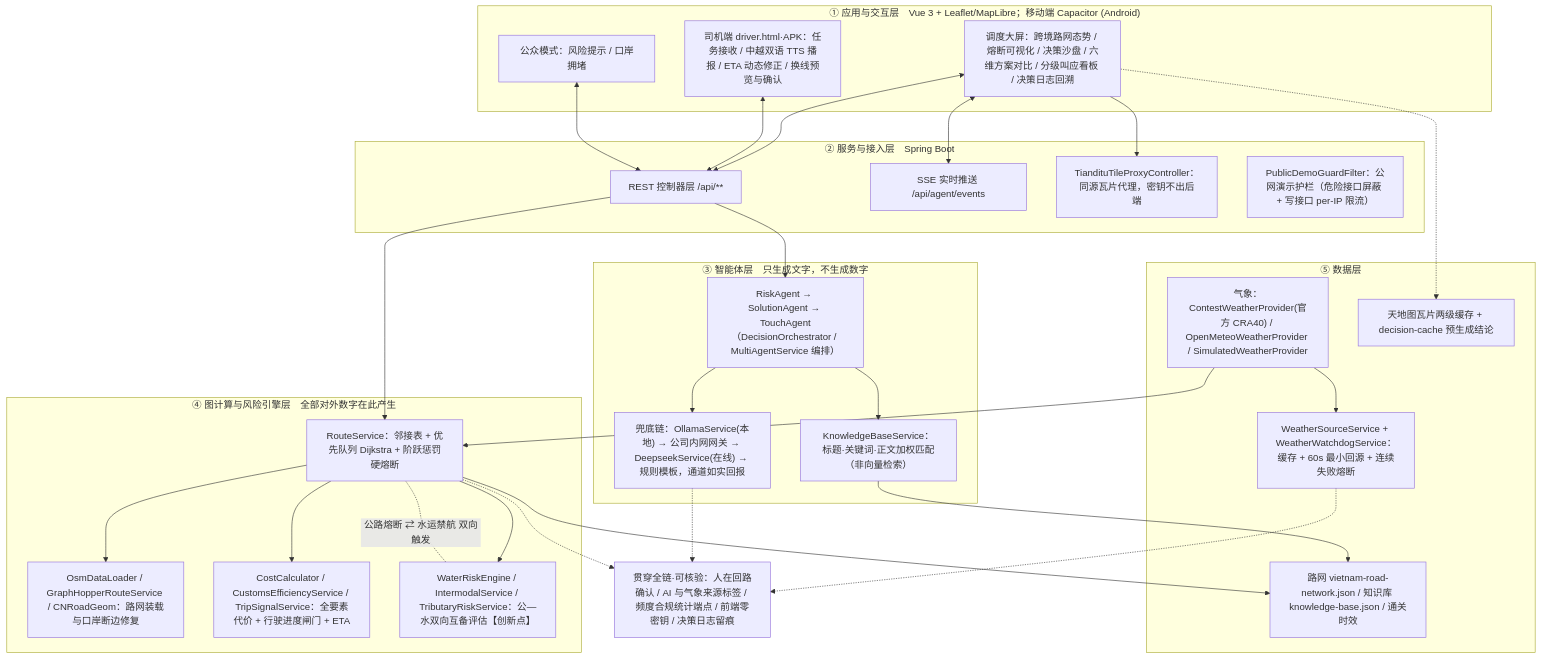
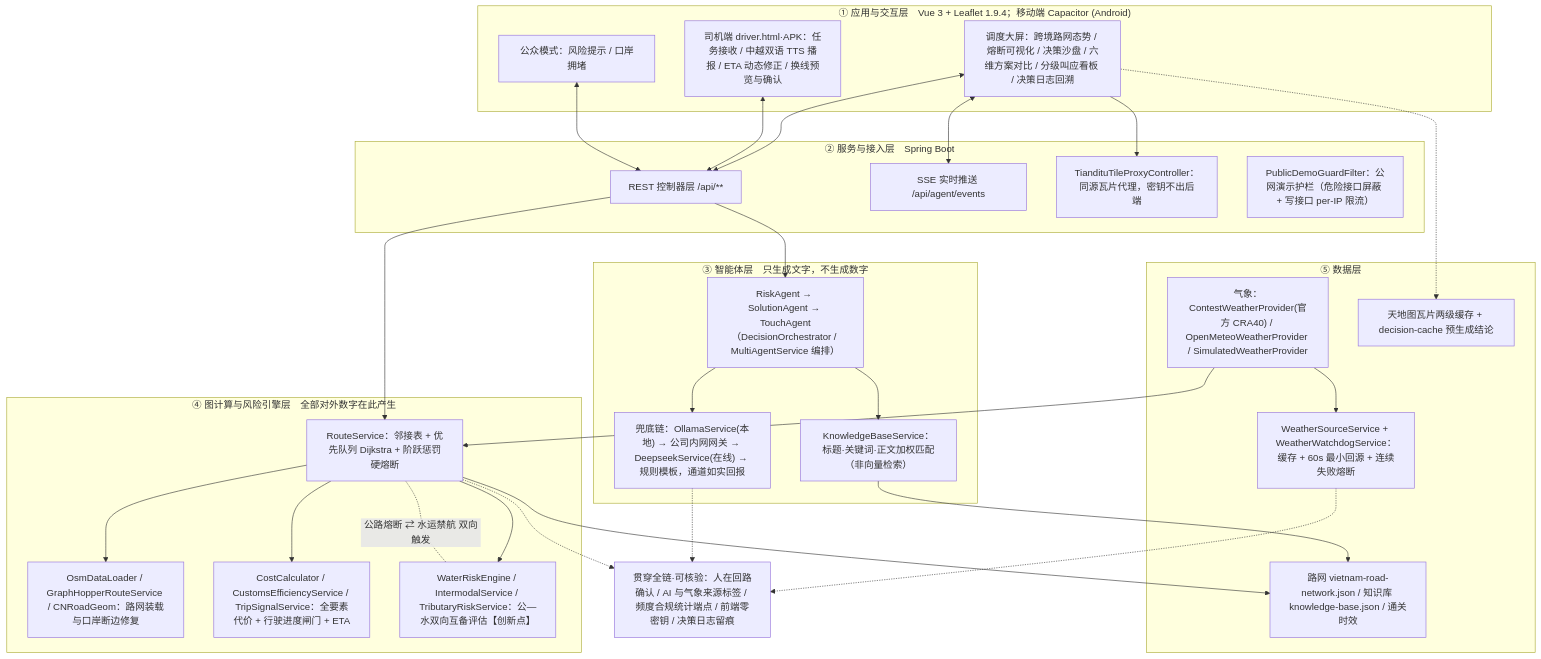
One commit to zhige12/asean-weather-logistics changed the first of 3 diagrams in 交付材料/02-系统架构与数据使用说明.md. Above: the diagram before and after it, drawn with Mermaid. The commit also changed 96 other files, not shown here.

````diff
--- a/交付材料/02-系统架构与数据使用说明.md
+++ b/交付材料/02-系统架构与数据使用说明.md
@@ -7,54 +7,54 @@
 ```mermaid
 flowchart TB
-    subgraph A["① 应用与交互层　Vue 3 + Leaflet/MapLibre；移动端 Capacitor (Android)"]
+    subgraph A["① 应用与交互层　Vue 3 + Leaflet 1.9.4；移动端 Capacitor (Android)"]
         A1["调度大屏：跨境路网态势 / 熔断可视化 / 决策沙盘 / 六维方案对比 / 分级叫应看板 / 决策日志回溯"]
         A2["司机端 driver.html·APK：任务接收 / 中越双语 TTS 播报 / ETA 动态修正 / 换线预览与确认"]
         A3["公众模式：风险提示 / 口岸拥堵"]
     end
     subgraph S["② 服务与接入层　Spring Boot"]
         S1["REST 控制器层 /api/**"]
         S2["SSE 实时推送 /api/agent/events"]
         S3["TiandituTileProxyController：同源瓦片代理，密钥不出后端"]
         S4["PublicDemoGuardFilter：公网演示护栏（危险接口屏蔽 + 写接口 per-IP 限流）"]
     end
     subgraph G["③ 智能体层　只生成文字，不生成数字"]
         G1["RiskAgent → SolutionAgent → TouchAgent（DecisionOrchestrator / MultiAgentService 编排）"]
         G2["KnowledgeBaseService：标题·关键词·正文加权匹配（非向量检索）"]
         G3["兜底链：OllamaService(本地) → 公司内网网关 → DeepseekService(在线) → 规则模板，通道如实回报"]
     end
     subgraph E["④ 图计算与风险引擎层　全部对外数字在此产生"]
         E1["RouteService：邻接表 + 优先队列 Dijkstra + 阶跃惩罚硬熔断"]
         E2["OsmDataLoader / GraphHopperRouteService / CNRoadGeom：路网装载与口岸断边修复"]
         E3["CostCalculator / CustomsEfficiencyService / TripSignalService：全要素代价 + 行驶进度闸门 + ETA"]
         E4["WaterRiskEngine / IntermodalService / TributaryRiskService：公—水双向互备评估【创新点】"]
     end
     subgraph D["⑤ 数据层"]
         D1["路网 vietnam-road-network.json / 知识库 knowledge-base.json / 通关时效"]
         D2["气象：ContestWeatherProvider(官方 CRA40) / OpenMeteoWeatherProvider / SimulatedWeatherProvider"]
         D3["WeatherSourceService + WeatherWatchdogService：缓存 + 60s 最小回源 + 连续失败熔断"]
         D4["天地图瓦片两级缓存 + decision-cache 预生成结论"]
     end
     V["贯穿全链·可核验：人在回路确认 / AI 与气象来源标签 / 频度合规统计端点 / 前端零密钥 / 决策日志留痕"]
 
     A1 <--> S1
     A2 <--> S1
     A3 <--> S1
     A1 <--> S2
     A1 --> S3
     S1 --> G1
     G1 --> G2
     G1 --> G3
     S1 --> E1
     E1 --> E2
     E1 --> E3
     E1 --> E4
     E4 -. 公路熔断 ⇄ 水运禁航 双向触发 .- E1
     E1 --> D1
     D2 --> E1
     D2 --> D3
     G2 --> D1
     A1 -.-> D4
     E1 -.-> V
     G3 -.-> V
     D3 -.-> V
 ```
````
